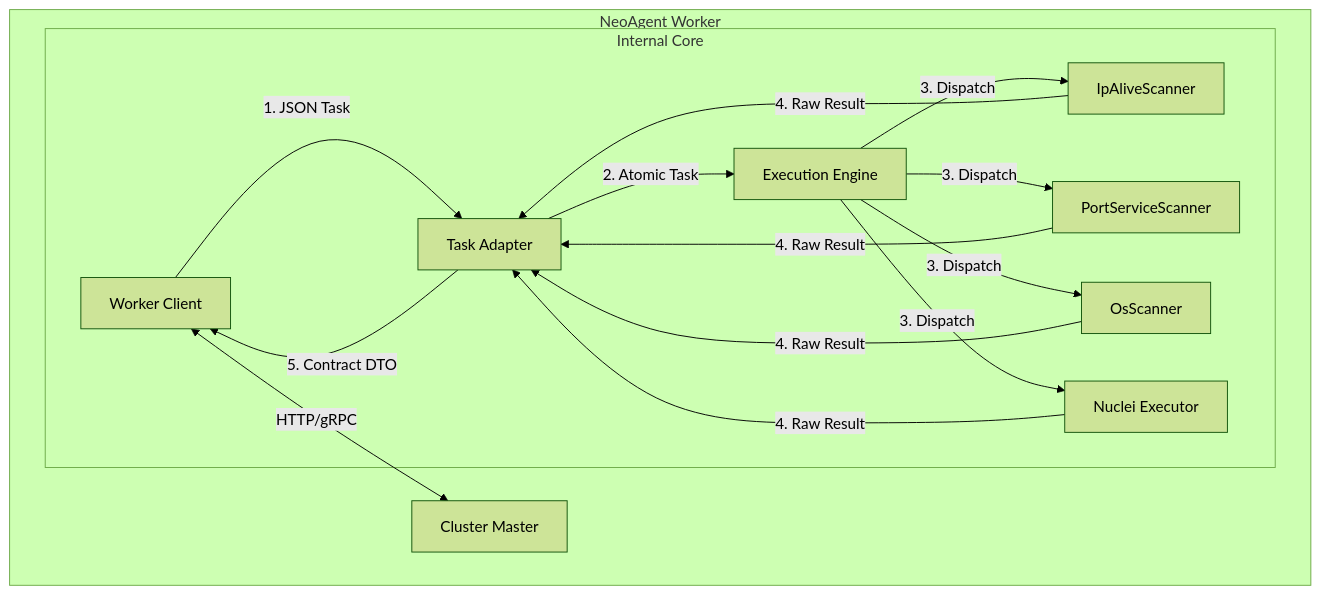
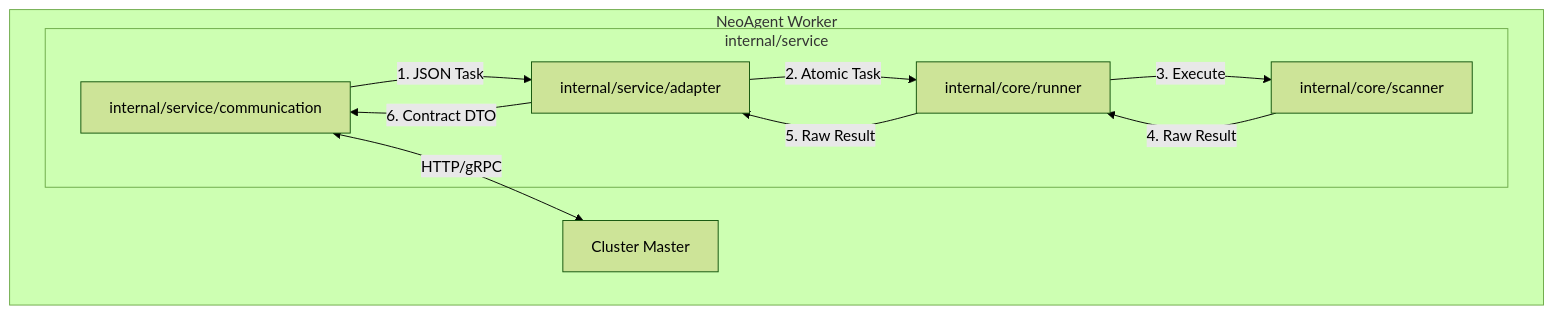
Before and after one commit to sun977/NeoScan: the diagram in neoAgent/docs/Server重构设计方案.md, drawn with Mermaid (forest theme). The commit also changed other lines of this file, not shown here.

````diff
--- a/neoAgent/docs/Server重构设计方案.md
+++ b/neoAgent/docs/Server重构设计方案.md
@@ -20,21 +20,19 @@
 ```mermaid
 graph TD
     Master[Cluster Master]
     
     subgraph NeoAgent [NeoAgent Worker]
-        Client[Worker Client] <--> |HTTP/gRPC| Master
+        Client[internal/service/communication] <--> |HTTP/gRPC| Master
         
-        subgraph Core [Internal Core]
-            Client --> |1. JSON Task| Adapter[Task Adapter]
-            Adapter --> |2. Atomic Task| Engine[Execution Engine]
+        subgraph Service Layer [internal/service]
+            Client --> |1. JSON Task| Adapter[internal/service/adapter]
+            Adapter --> |2. Atomic Task| Runner[internal/core/runner]
             
-            Engine --> |3. Dispatch| S1[IpAliveScanner]
-            Engine --> |3. Dispatch| S2[PortServiceScanner]
-            Engine --> |3. Dispatch| S3[OsScanner]
-            Engine --> |3. Dispatch| E1[Nuclei Executor]
+            Runner --> |3. Execute| Scanners[internal/core/scanner]
             
-            S1 & S2 & S3 & E1 --> |4. Raw Result| Adapter
-            Adapter --> |5. Contract DTO| Client
+            Scanners --> |4. Raw Result| Runner
+            Runner --> |5. Raw Result| Adapter
+            Adapter --> |6. Contract DTO| Client
         end
     end
 ```
````
